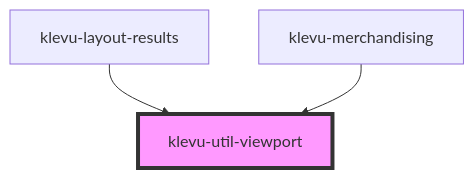
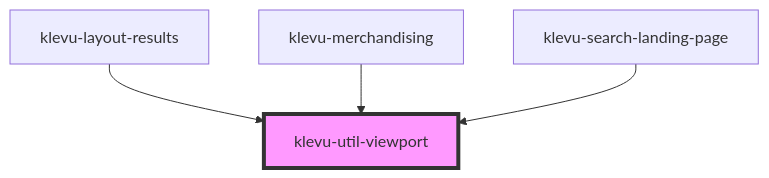
One commit to klevultd/frontend-sdk changed the diagram in packages/klevu-ui/src/components/klevu-util-viewport/readme.md. Above: the diagram before and after it, drawn with Mermaid. The commit also changed other lines of this file and 26 other files, not shown here.

````diff
--- a/packages/klevu-ui/src/components/klevu-util-viewport/readme.md
+++ b/packages/klevu-ui/src/components/klevu-util-viewport/readme.md
@@ -43,6 +44,7 @@
 ```mermaid
 graph TD;
   klevu-layout-results --> klevu-util-viewport
   klevu-merchandising --> klevu-util-viewport
+  klevu-search-landing-page --> klevu-util-viewport
   style klevu-util-viewport fill:#f9f,stroke:#333,stroke-width:4px
 ```
````
